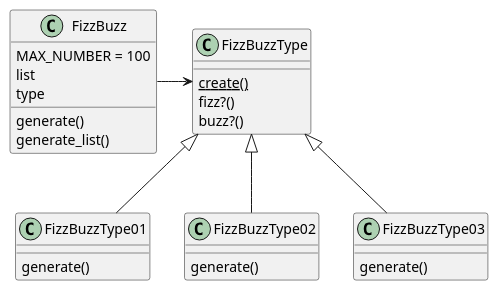
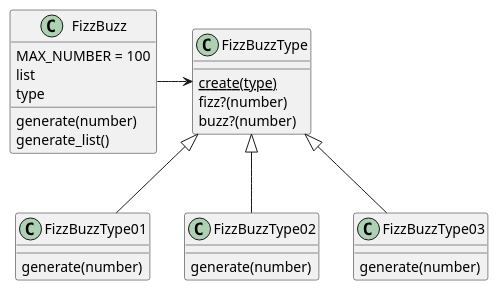
One commit to hiroshima-arc/tdd_rb changed diagram 18 of 42 in docs/src/article/episode_3.adoc. Above: the diagram before and after it, drawn with PlantUML. The commit also changed other lines of this file and 17 other files, not shown here.

```diff
--- a/docs/src/article/episode_3.adoc
+++ b/docs/src/article/episode_3.adoc
@@ -2985,28 +3067,28 @@
 [plantuml]
 ----
 class FizzBuzz {
     MAX_NUMBER = 100
     list
     type
-    generate()
+    generate(number)
     generate_list()
 }
 class FizzBuzzType {
-    {static} create()
-    fizz?()
-    buzz?()
+    {static} create(type)
+    fizz?(number)
+    buzz?(number)
 }
 class FizzBuzzType01 {
-    generate()
+    generate(number)
 }
 class FizzBuzzType02 {
-    generate()
+    generate(number)
 }
 class FizzBuzzType03 {
-    generate()
+    generate(number)
 }
 FizzBuzzType <|-- FizzBuzzType01
 FizzBuzzType <|-- FizzBuzzType02
 FizzBuzzType <|-- FizzBuzzType03
 FizzBuzz -> FizzBuzzType
 ----
```
